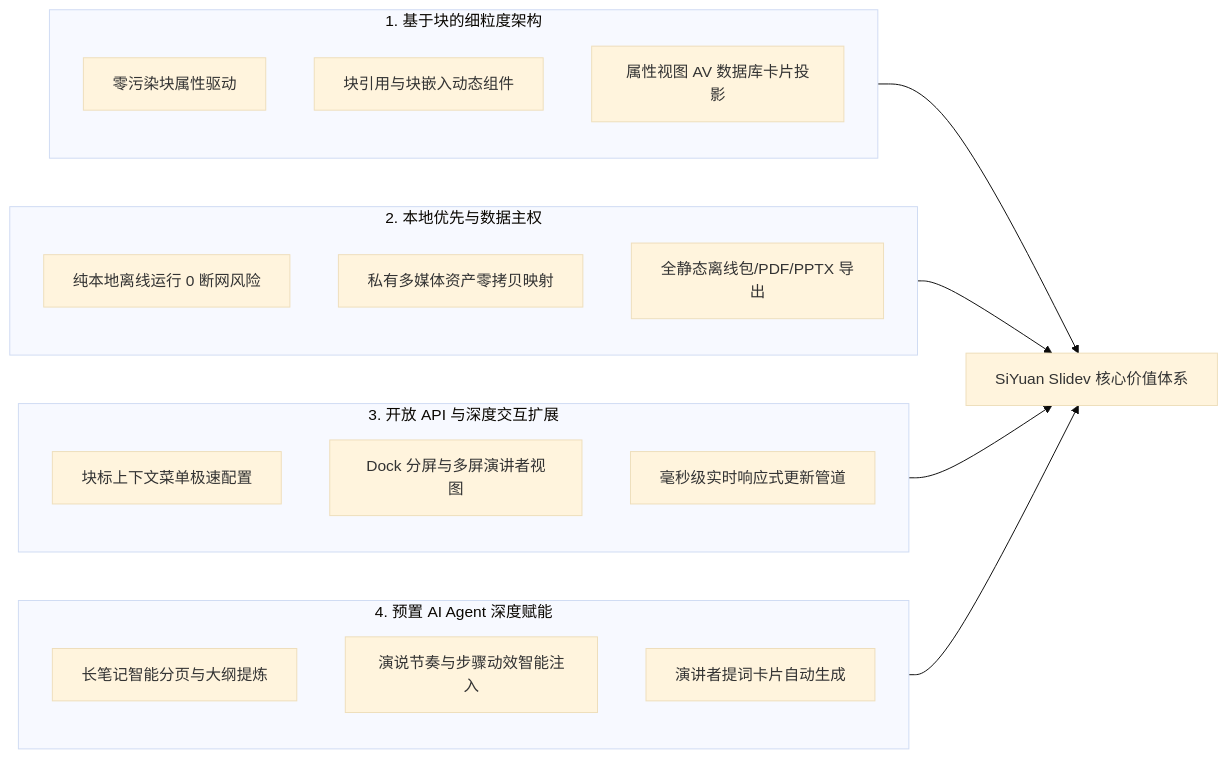
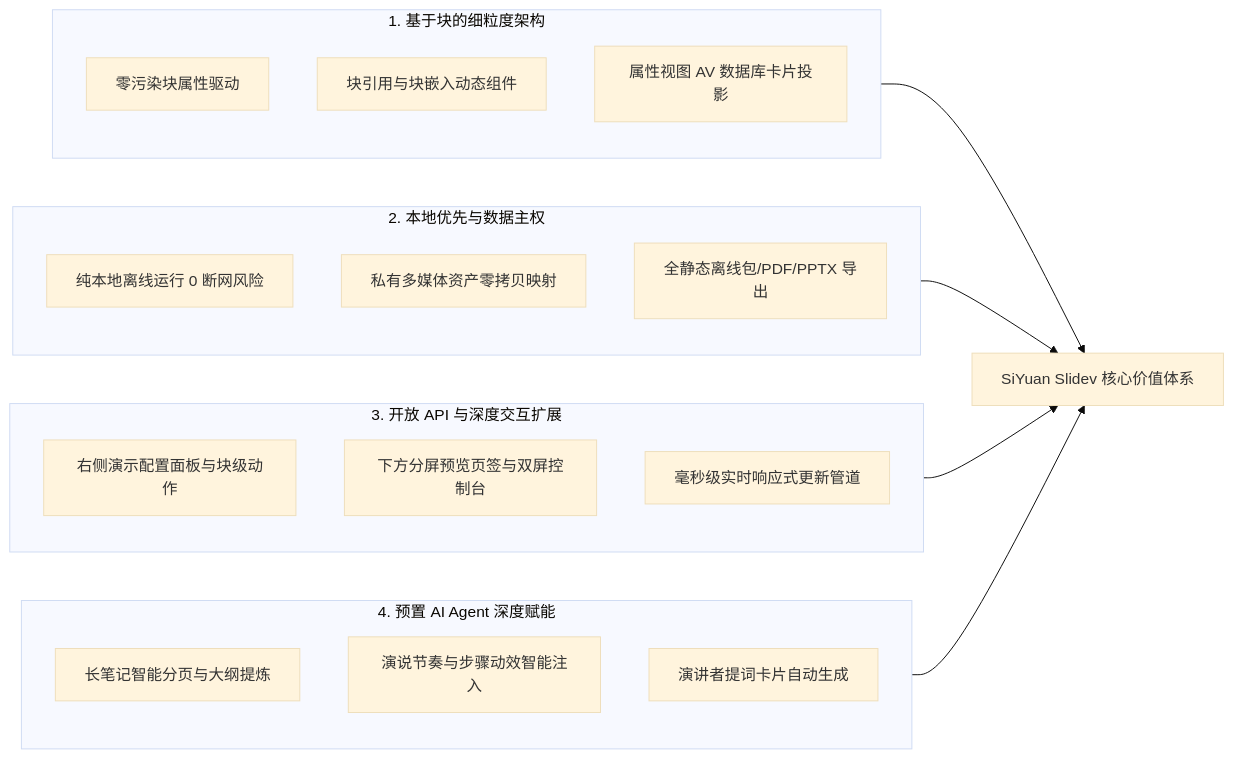
One commit to famotime/siyuan-live-slides changed the first of 2 diagrams in docs/features-and-use-cases.md. Above: the diagram before and after it, drawn with Mermaid (base theme). The commit also changed other lines of this file and 15 other files, not shown here.

````diff
--- a/docs/features-and-use-cases.md
+++ b/docs/features-and-use-cases.md
@@ -9,31 +9,31 @@
 ```mermaid
 graph LR
     subgraph S1[1. 基于块的细粒度架构]
         B1[零污染块属性驱动]
         B2[块引用与块嵌入动态组件]
         B3[属性视图 AV 数据库卡片投影]
     end
 
     subgraph S2[2. 本地优先与数据主权]
         L1[纯本地离线运行 0 断网风险]
         L2[私有多媒体资产零拷贝映射]
         L3[全静态离线包/PDF/PPTX 导出]
     end
 
     subgraph S3[3. 开放 API 与深度交互扩展]
-        A1[块标上下文菜单极速配置]
-        A2[Dock 分屏与多屏演讲者视图]
+        A1[右侧演示配置面板与块级动作]
+        A2[下方分屏预览页签与双屏控制台]
         A3[毫秒级实时响应式更新管道]
     end
 
     subgraph S4[4. 预置 AI Agent 深度赋能]
         AI1[长笔记智能分页与大纲提炼]
         AI2[演说节奏与步骤动效智能注入]
         AI3[演讲者提词卡片自动生成]
     end
 
     S1 --> CoreValue[SiYuan Slidev 核心价值体系]
     S2 --> CoreValue
     S3 --> CoreValue
     S4 --> CoreValue
 ```
````
